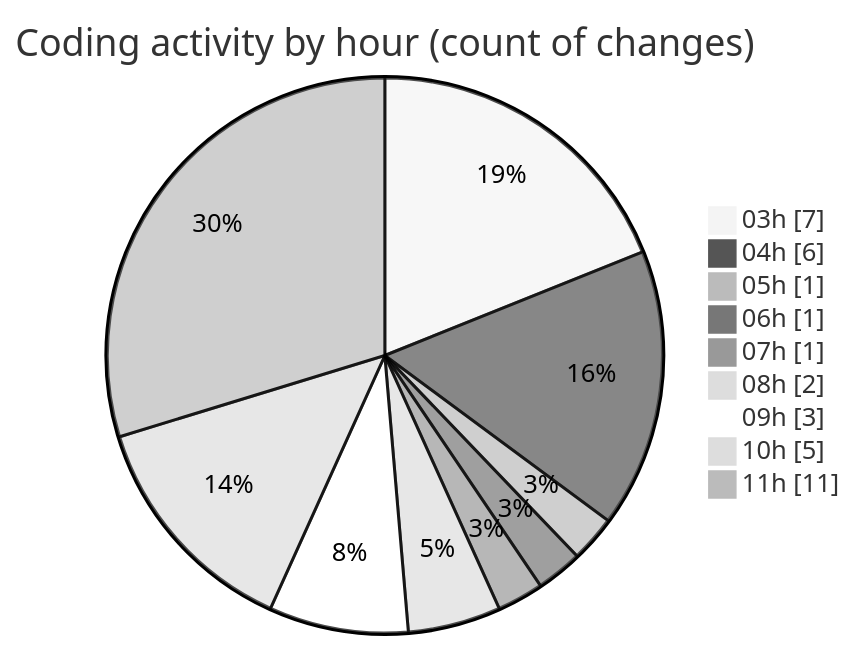
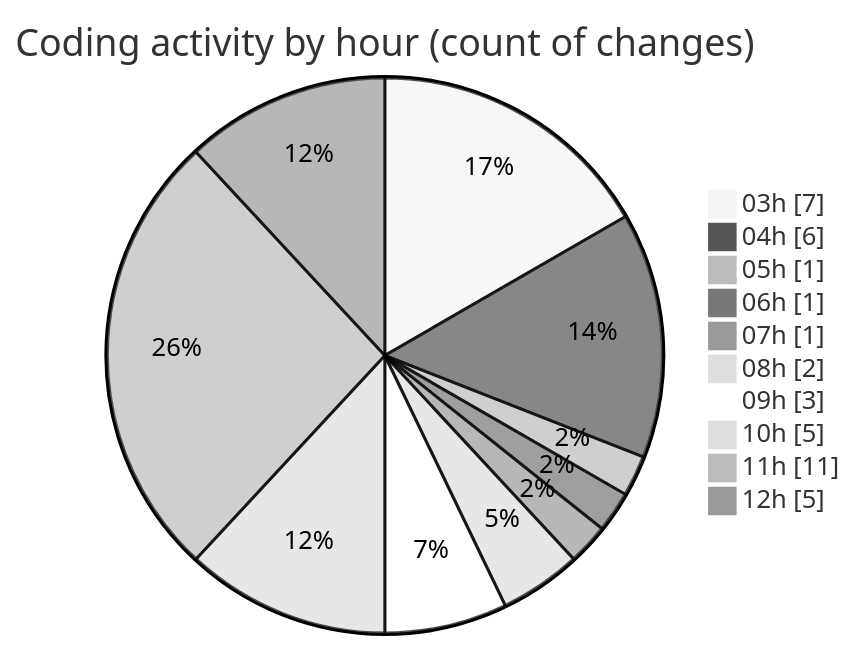
Before and after one commit to FelipKnott/code-tracking: the second of 2 diagrams in 2025-07-02/cursor/README.md, drawn with Mermaid (neutral theme). The commit also changed other lines of this file and 1 other file, not shown here.

````diff
--- a/2025-07-02/cursor/README.md
+++ b/2025-07-02/cursor/README.md
@@ -31,13 +31,14 @@
 ```mermaid
 pie showData
 title Coding activity by hour (count of changes)
 "03h" : 7
 "04h" : 6
 "05h" : 1
 "06h" : 1
 "07h" : 1
 "08h" : 2
 "09h" : 3
 "10h" : 5
 "11h" : 11
+"12h" : 5
 ```
````
